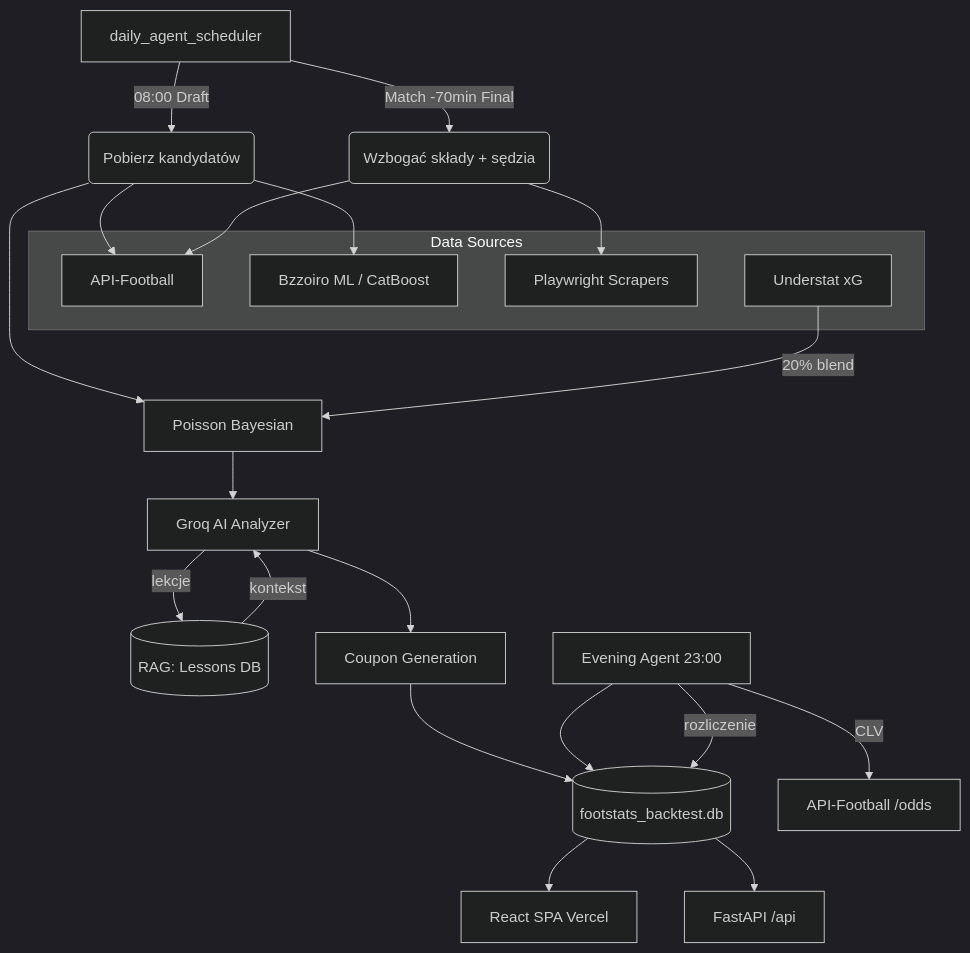
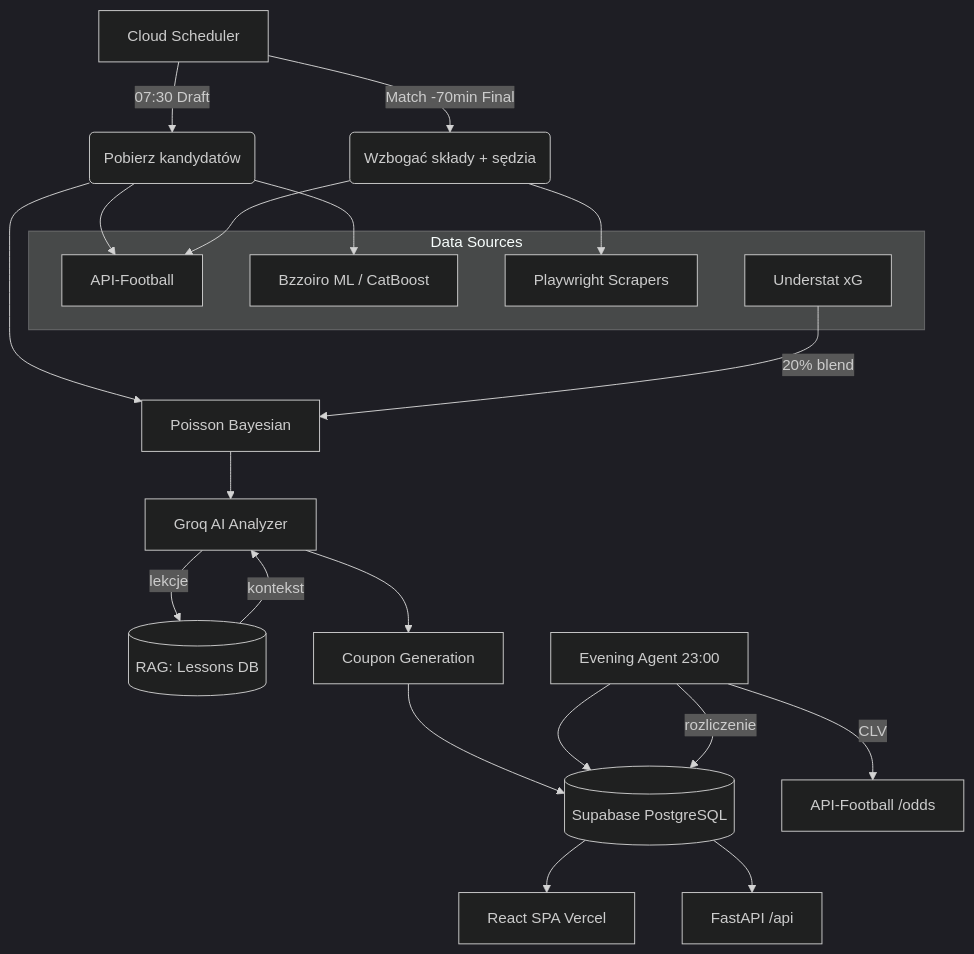
Before and after one commit to Gwiazdka09/Footstats: the diagram in README.pl.md, drawn with Mermaid (dark theme). The commit also changed other lines of this file and 5 other files, not shown here.

````diff
--- a/README.pl.md
+++ b/README.pl.md
@@ -47,31 +47,31 @@
 ```mermaid
 graph TD
-    A[daily_agent_scheduler] -->|08:00 Draft| B(Pobierz kandydatów)
+    A[Cloud Scheduler] -->|07:30 Draft| B(Pobierz kandydatów)
     A -->|Match -70min Final| C(Wzbogać składy + sędzia)
 
     subgraph "Data Sources"
         D[API-Football]
         E[Bzzoiro ML / CatBoost]
         F[Playwright Scrapers]
         G[Understat xG]
     end
 
     B --> D & E
     C --> F & D
 
     B --> H[Poisson Bayesian]
     G -->|20% blend| H
     H --> I[Groq AI Analyzer]
 
     I -->|lekcje| J[(RAG: Lessons DB)]
     J -->|kontekst| I
     I --> K[Coupon Generation]
 
-    K --> L[(footstats_backtest.db)]
+    K --> L[(Supabase PostgreSQL)]
     L --> M[React SPA Vercel]
     L --> N[FastAPI /api]
 
     O[Evening Agent 23:00] --> L
     O -->|CLV| P[API-Football /odds]
     O -->|rozliczenie| L
 ```
````
